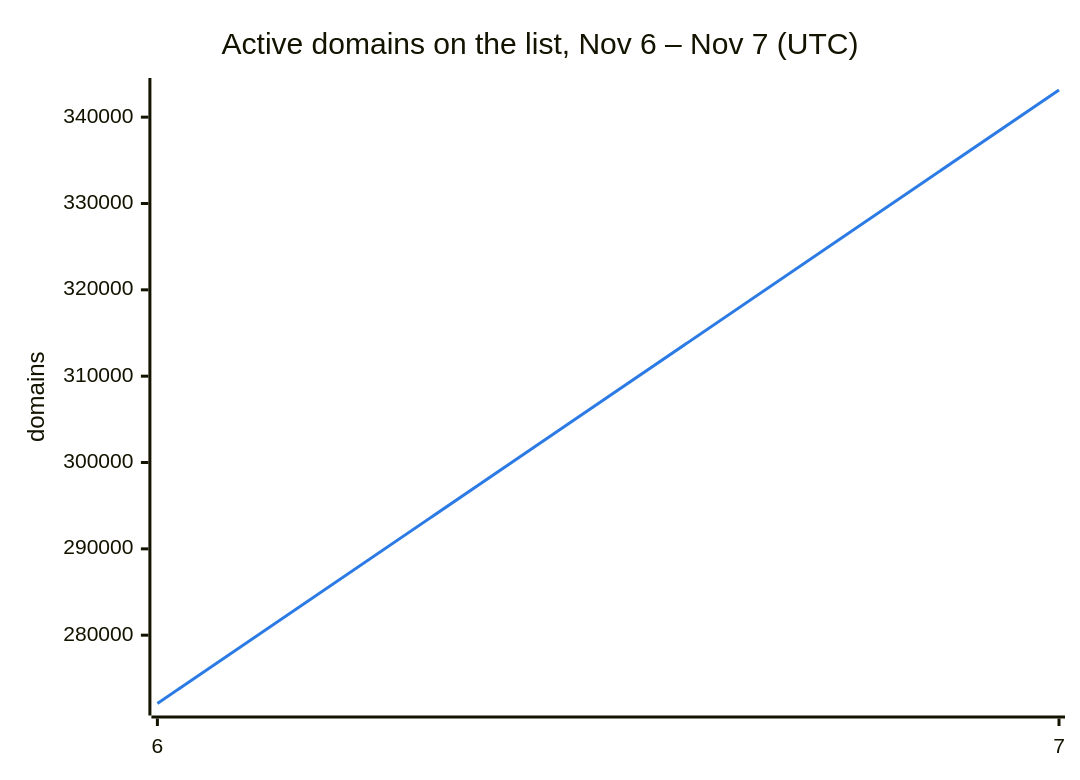
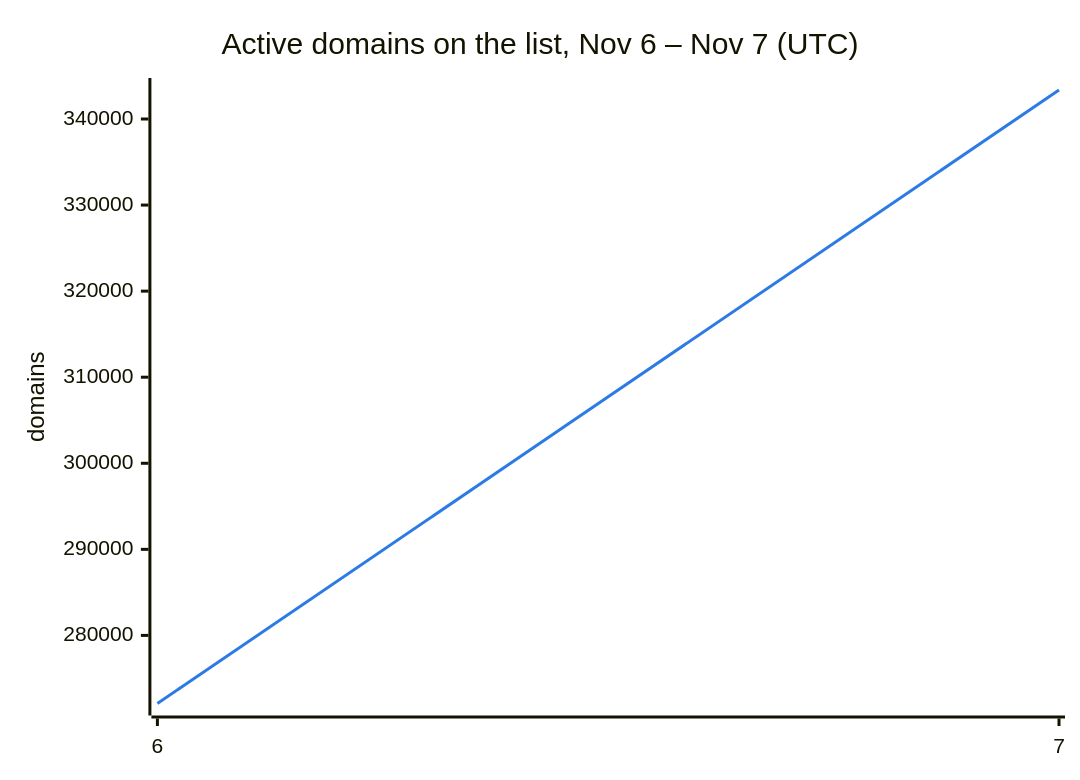
One commit to DNSBunker/CTI changed the second of 3 diagrams in README.md. Above: the diagram before and after it, drawn with Mermaid. The commit also changed other lines of this file and 3 other files, not shown here.

````diff
--- a/README.md
+++ b/README.md
@@ -38,8 +38,8 @@
 ```mermaid
 %%{init: {"themeVariables": {"xyChart": {"plotColorPalette": "#2c7be5"}}}}%%
 xychart-beta
     title "Active domains on the list, Nov 6 – Nov 7 (UTC)"
     x-axis ["6", "7"]
     y-axis "domains"
-    line [272088, 343145]
+    line [272088, 343370]
 ```
````
